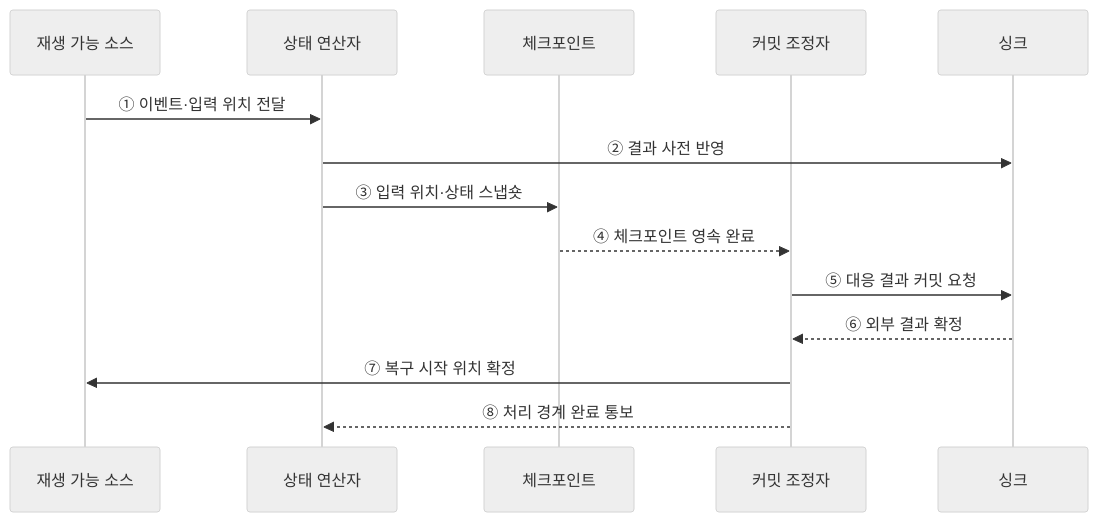
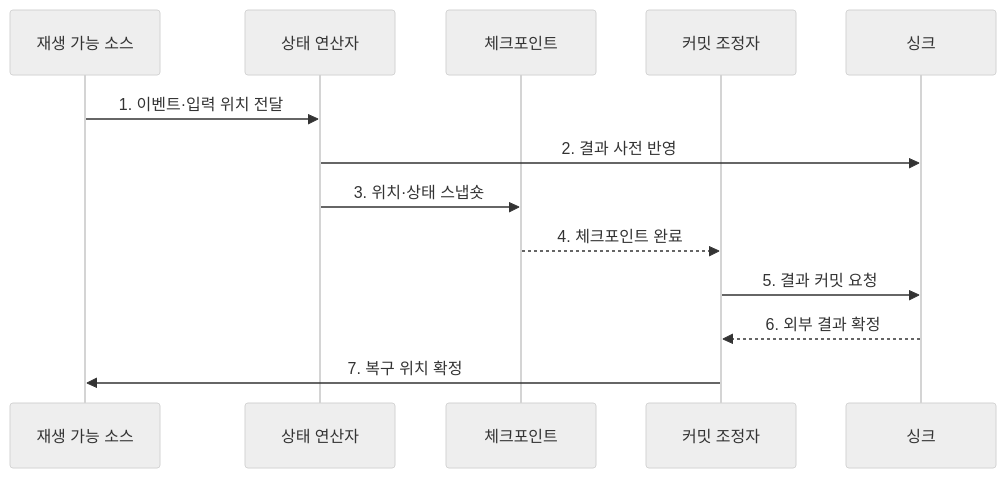
Before and after one commit to agnusdei1207/knowledge-base: the second of 2 diagrams in src/content/docs/notes/03-software/121_exactly_once_semantics.md, drawn with Mermaid (neutral theme). The commit also changed other lines of this file and 20 other files, not shown here.

````diff
--- a/src/content/docs/notes/03-software/121_exactly_once_semantics.md
+++ b/src/content/docs/notes/03-software/121_exactly_once_semantics.md
@@ -66,16 +77,15 @@
 ```mermaid
 sequenceDiagram
     participant S as 재생 가능 소스
     participant O as 상태 연산자
     participant C as 체크포인트
     participant T as 커밋 조정자
     participant K as 싱크
-    S->>O: ① 이벤트·입력 위치 전달
-    O->>K: ② 결과 사전 반영
-    O->>C: ③ 입력 위치·상태 스냅숏
-    C-->>T: ④ 체크포인트 영속 완료
-    T->>K: ⑤ 대응 결과 커밋 요청
-    K-->>T: ⑥ 외부 결과 확정
-    T->>S: ⑦ 복구 시작 위치 확정
-    T-->>O: ⑧ 처리 경계 완료 통보
+    S->>O: 1. 이벤트·입력 위치 전달
+    O->>K: 2. 결과 사전 반영
+    O->>C: 3. 위치·상태 스냅숏
+    C-->>T: 4. 체크포인트 완료
+    T->>K: 5. 결과 커밋 요청
+    K-->>T: 6. 외부 결과 확정
+    T->>S: 7. 복구 위치 확정
 ```
````
